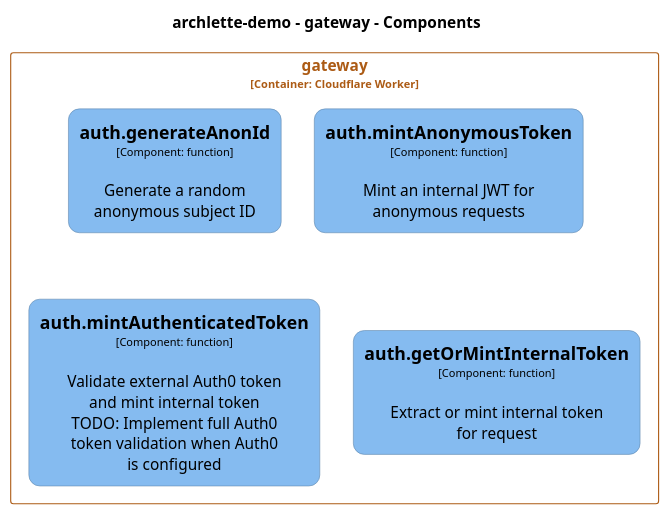
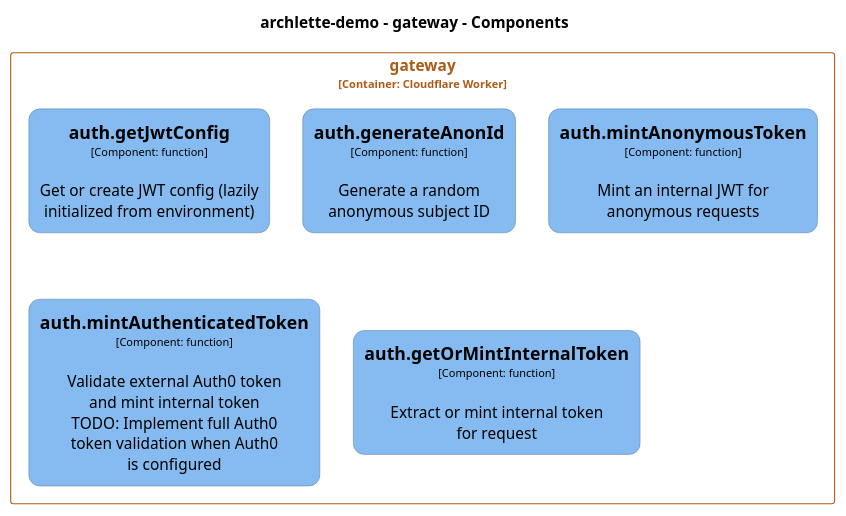
One commit to chrislyons-dev/flarelette-demo changed the diagram in docs/architecture/diagrams/plantuml/structurizr-Classes_gateway__auth.puml. Above: the diagram before and after it, drawn with PlantUML. The commit also changed 52 other files, not shown here.

```diff
--- a/docs/architecture/diagrams/plantuml/structurizr-Classes_gateway__auth.puml
+++ b/docs/architecture/diagrams/plantuml/structurizr-Classes_gateway__auth.puml
@@ -1,60 +1,68 @@
 @startuml
 set separator none
 title archlette-demo - gateway - Components
 
 top to bottom direction
 skinparam ranksep 60
 skinparam nodesep 30
 
 skinparam {
   arrowFontSize 10
   defaultTextAlignment center
   wrapWidth 200
   maxMessageSize 100
   defaultFontName "Arial"
 }
 
 hide stereotype
 
 skinparam rectangle<<archlettedemo.gateway.authgenerateAnonId>> {
+  BackgroundColor #85bbf0
+  FontColor #000000
+  BorderColor #5d82a8
+  roundCorner 20
+  shadowing false
+}
+skinparam rectangle<<archlettedemo.gateway.authgetJwtConfig>> {
   BackgroundColor #85bbf0
   FontColor #000000
   BorderColor #5d82a8
   roundCorner 20
   shadowing false
 }
 skinparam rectangle<<archlettedemo.gateway.authgetOrMintInternalToken>> {
   BackgroundColor #85bbf0
   FontColor #000000
   BorderColor #5d82a8
   roundCorner 20
   shadowing false
 }
 skinparam rectangle<<archlettedemo.gateway.authmintAnonymousToken>> {
   BackgroundColor #85bbf0
   FontColor #000000
   BorderColor #5d82a8
   roundCorner 20
   shadowing false
 }
 skinparam rectangle<<archlettedemo.gateway.authmintAuthenticatedToken>> {
   BackgroundColor #85bbf0
   FontColor #000000
   BorderColor #5d82a8
   roundCorner 20
   shadowing false
 }
 skinparam rectangle<<archlettedemo.gateway>> {
   BorderColor #ac5b15
   FontColor #ac5b15
   shadowing false
 }
 
 rectangle "gateway\n<size:10>[Container: Cloudflare Worker]</size>" <<archlettedemo.gateway>> {
+  rectangle "==auth.getJwtConfig\n<size:10>[Component: function]</size>\n\nGet or create JWT config (lazily initialized from environment)" <<archlettedemo.gateway.authgetJwtConfig>> as archlettedemo.gateway.authgetJwtConfig
   rectangle "==auth.generateAnonId\n<size:10>[Component: function]</size>\n\nGenerate a random anonymous subject ID" <<archlettedemo.gateway.authgenerateAnonId>> as archlettedemo.gateway.authgenerateAnonId
   rectangle "==auth.mintAnonymousToken\n<size:10>[Component: function]</size>\n\nMint an internal JWT for anonymous requests" <<archlettedemo.gateway.authmintAnonymousToken>> as archlettedemo.gateway.authmintAnonymousToken
   rectangle "==auth.mintAuthenticatedToken\n<size:10>[Component: function]</size>\n\nValidate external Auth0 token and mint internal token TODO: Implement full Auth0 token validation when Auth0 is configured" <<archlettedemo.gateway.authmintAuthenticatedToken>> as archlettedemo.gateway.authmintAuthenticatedToken
   rectangle "==auth.getOrMintInternalToken\n<size:10>[Component: function]</size>\n\nExtract or mint internal token for request" <<archlettedemo.gateway.authgetOrMintInternalToken>> as archlettedemo.gateway.authgetOrMintInternalToken
 }
 
 @enduml
```
